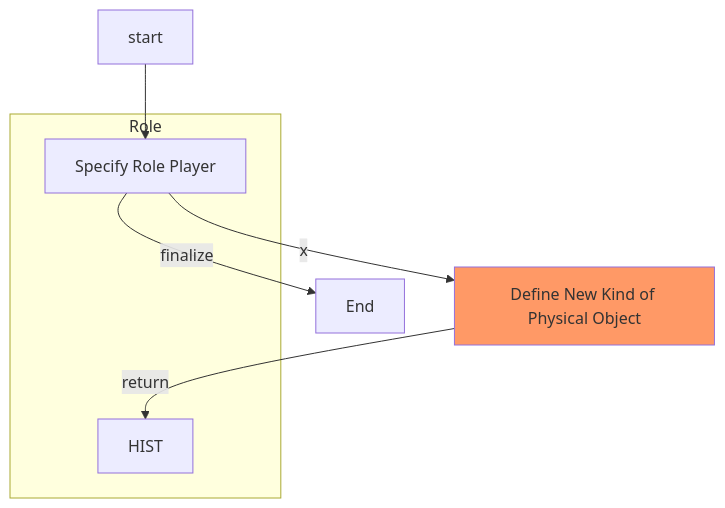
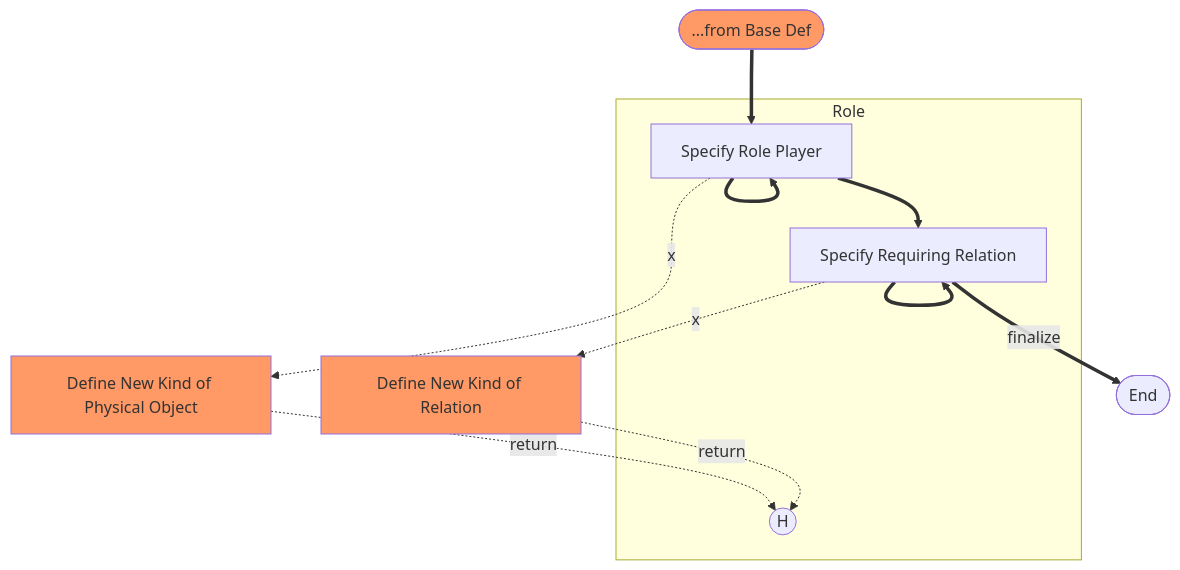
The diagram in docs/design/theory/quintessential-modelling/modelling-procedures/role-definition-model.md (corpus-relica/corpus-relica.github.io), drawn with Mermaid before and after one commit. The commit also changed 5 other files, not shown here.

````diff
--- a/docs/design/theory/quintessential-modelling/modelling-procedures/role-definition-model.md
+++ b/docs/design/theory/quintessential-modelling/modelling-procedures/role-definition-model.md
@@ -3,21 +3,30 @@
 ```mermaid
 flowchart TD
+    S([...from Base Def])
     SRP[Specify Role Player]
+    SRR[Specify Requiring Relation]
     DNKPO[Define New Kind of Physical Object]
-    HIST
-    E[End]
+    DNKR[Define New Kind of Relation]
+    HIST((H))
+    E([End])
 
-    start --> SRP
+    S:::external ==> SRP
     subgraph R[Role]
-        SRP
+        SRP ==> SRP
+        SRP ==> SRR
+        SRR ==> SRR
         HIST
     end
 
-    SRP -->|x| DNKPO
-    DNKPO:::external -->|return| HIST
-    SRP -->|finalize| E
+    SRP -.->|x| DNKPO
+    SRR -.->|x| DNKR
+    DNKPO:::external -.->|return| HIST
+    DNKR:::external -.->|return| HIST
+    SRR ==>|finalize| E
 
     click DNKPO "/docs/design/theory/quintessential-modelling/modelling-procedures/physical-object-definition-model" "This is a tooltip for a link"
-
+    click DNKR "/docs/design/theory/quintessential-modelling/modelling-procedures/relation-definition-model" "This is a tooltip for a link"
+    click S "/docs/design/theory/quintessential-modelling/modelling-procedures/base-definition-model" "This is a tooltip for a link"
+    
     classDef external fill:#f96
 ```
````
